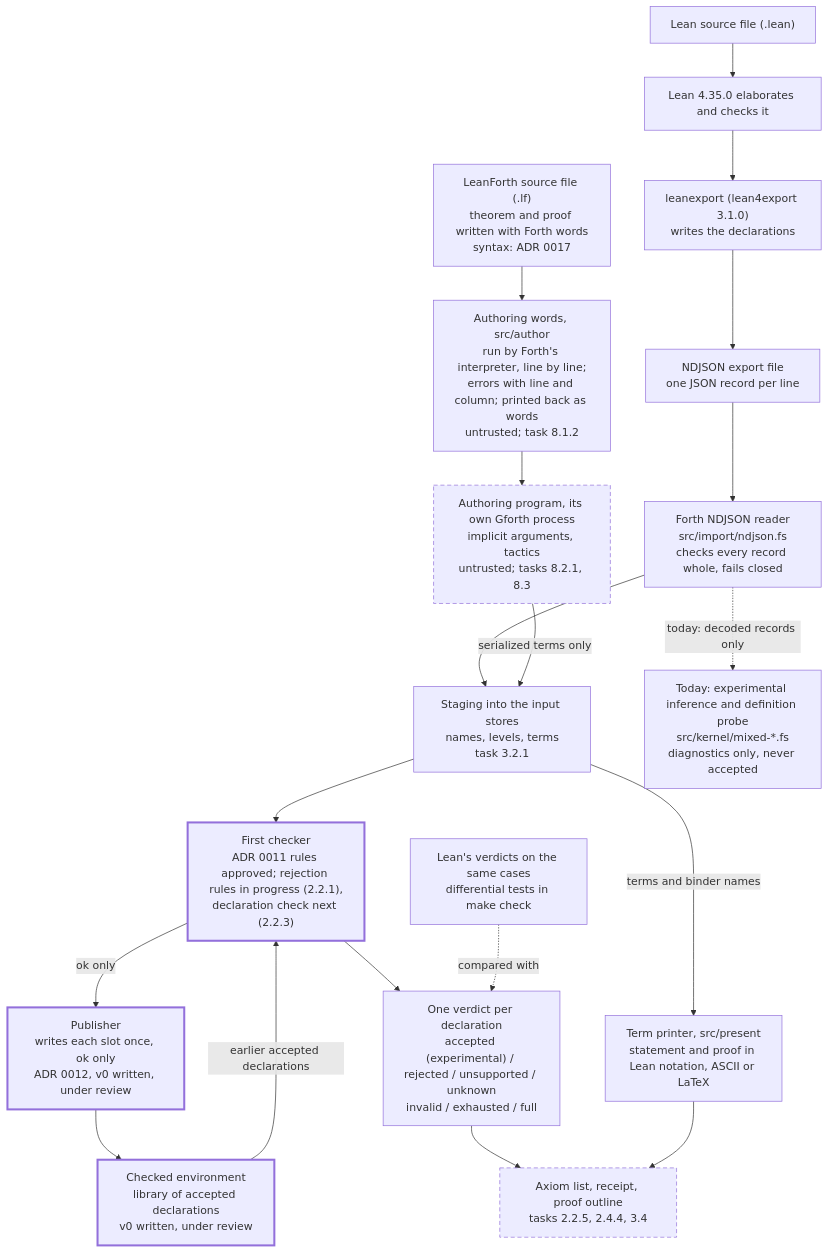
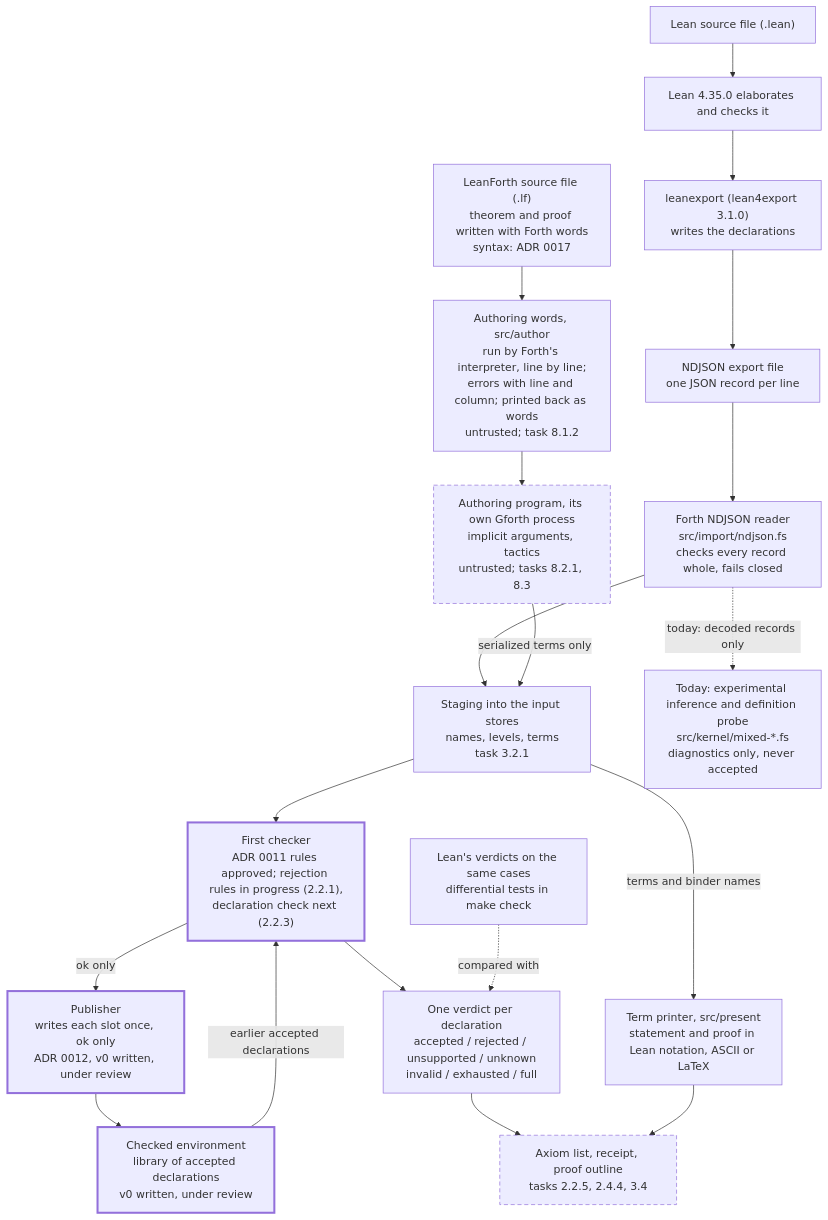
One commit to pmilford/LeanForth changed the first of 2 diagrams in docs/user/WORKFLOWS.md. Above: the diagram before and after it, drawn with Mermaid. The commit also changed other lines of this file and 80 other files, not shown here.

````diff
--- a/docs/user/WORKFLOWS.md
+++ b/docs/user/WORKFLOWS.md
@@ -34,38 +34,38 @@
 ```mermaid
 flowchart TD
   src["Lean source file (.lean)"]
   lfsrc["LeanForth source file (.lf)<br/>theorem and proof written with Forth words<br/>syntax: ADR 0017"]
   author["Authoring words, src/author<br/>run by Forth's interpreter, line by line;<br/>errors with line and column; printed back as words<br/>untrusted; task 8.1.2"]
   proc["Authoring program, its own Gforth process<br/>implicit arguments, tactics<br/>untrusted; tasks 8.2.1, 8.3"]
   lean["Lean 4.35.0 elaborates and checks it"]
   exp["leanexport (lean4export 3.1.0)<br/>writes the declarations"]
   nd["NDJSON export file<br/>one JSON record per line"]
   rd["Forth NDJSON reader<br/>src/import/ndjson.fs<br/>checks every record whole, fails closed"]
   stage["Staging into the input stores<br/>names, levels, terms<br/>task 3.2.1"]
   probe["Today: experimental inference and definition probe<br/>src/kernel/mixed-*.fs<br/>diagnostics only, never accepted"]
   chk["First checker<br/>ADR 0011 rules approved; rejection rules in progress (2.2.1),<br/>declaration check next (2.2.3)"]
   pub["Publisher<br/>writes each slot once, ok only<br/>ADR 0012, v0 written, under review"]
   env["Checked environment<br/>library of accepted declarations<br/>v0 written, under review"]
-  out["One verdict per declaration<br/>accepted (experimental) / rejected / unsupported / unknown<br/>invalid / exhausted / full"]
+  out["One verdict per declaration<br/>accepted / rejected / unsupported / unknown<br/>invalid / exhausted / full"]
   print["Term printer, src/present<br/>statement and proof in Lean notation, ASCII or LaTeX"]
   more["Axiom list, receipt, proof outline<br/>tasks 2.2.5, 2.4.4, 3.4"]
   ref["Lean's verdicts on the same cases<br/>differential tests in make check"]
 
   src --> lean --> exp --> nd --> rd
   lfsrc --> author --> proc
   rd --> stage
   proc -- "serialized terms only" --> stage
   stage --> chk
   chk -- "ok only" --> pub --> env
   env -- "earlier accepted declarations" --> chk
   chk --> out --> more
   stage -- "terms and binder names" --> print
   print --> more
   rd -. "today: decoded records only" .-> probe
   ref -. "compared with" .-> out
 
   classDef planned stroke-dasharray: 6 4
   classDef gate stroke-width: 3px
   class more,proc planned
   class chk,pub,env gate
 ```
````
